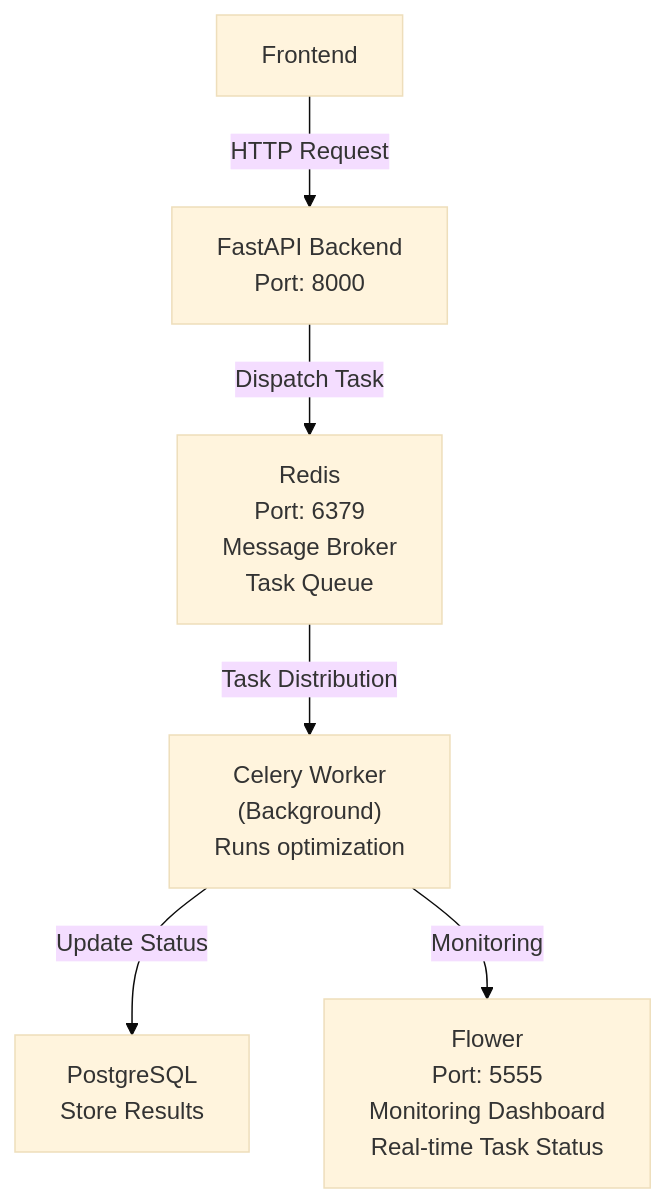
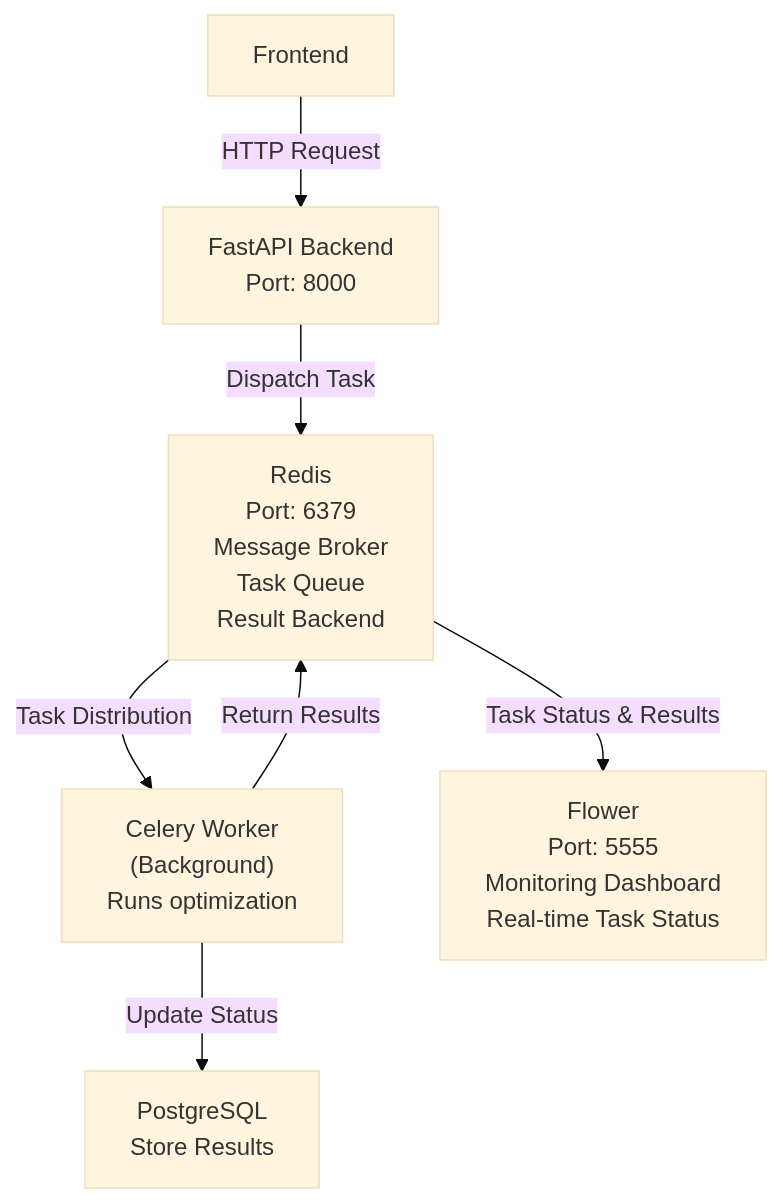
One commit to AlonLivne007/smart-scheduling changed the fourth of 5 diagrams in PRESENTATION.md. Above: the diagram before and after it, drawn with Mermaid (base theme). The commit also changed other lines of this file, not shown here.

````diff
--- a/PRESENTATION.md
+++ b/PRESENTATION.md
@@ -384,15 +384,16 @@
 ```mermaid
 graph TB
     Frontend["Frontend"]
     Backend["FastAPI Backend<br/>Port: 8000"]
-    Redis["Redis<br/>Port: 6379<br/>Message Broker<br/>Task Queue"]
+    Redis["Redis<br/>Port: 6379<br/>Message Broker<br/>Task Queue<br/>Result Backend"]
     CeleryWorker["Celery Worker<br/>(Background)<br/>Runs optimization"]
     PostgreSQL["PostgreSQL<br/>Store Results"]
     Flower["Flower<br/>Port: 5555<br/>Monitoring Dashboard<br/>Real-time Task Status"]
 
     Frontend -->|HTTP Request| Backend
     Backend -->|Dispatch Task| Redis
     Redis -->|Task Distribution| CeleryWorker
     CeleryWorker -->|Update Status| PostgreSQL
-    CeleryWorker -->|Monitoring| Flower
+    CeleryWorker -->|Return Results| Redis
+    Redis -->|Task Status & Results| Flower
 ```
````
